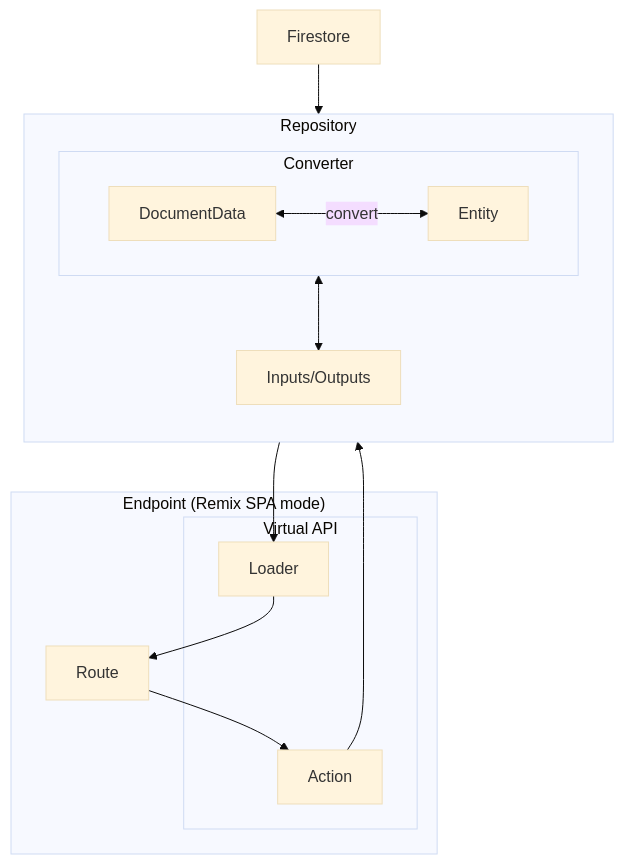
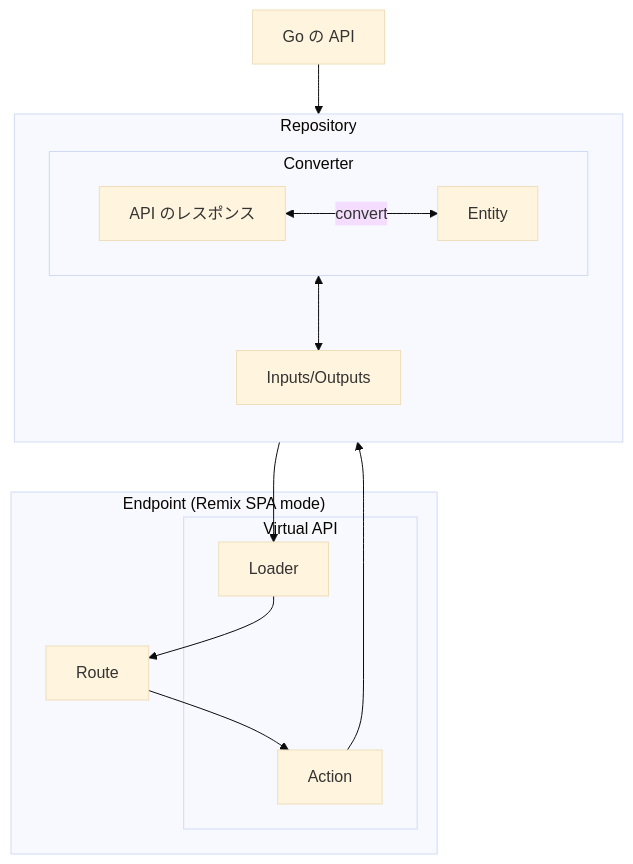
One commit to cafeore-tkb/cafeore-pos changed the diagram in services/pos/README.md. Above: the diagram before and after it, drawn with Mermaid (base theme). The commit also changed other lines of this file and 12 other files, not shown here.

````diff
--- a/services/pos/README.md
+++ b/services/pos/README.md
@@ -17,28 +16,28 @@
 ```mermaid
 flowchart TB
 
   subgraph CONV[Converter]
     direction LR
-    DocumentData <-- convert --> Entity
+    Response[API のレスポンス] <-- convert --> Entity
   end
 
   subgraph REPO[Repository]
     direction TB
     CONV <--> IO[Inputs/Outputs]
   end
 
-  Firestore --> CONV
+  GoAPI[Go の API] --> CONV
 
   Action --> REPO --> Loader
 
   subgraph API[Virtual API]
     Loader
     Action
   end
 
   subgraph "Endpoint (Remix SPA mode)"
     API
     Loader --> Route --> Action
   end
 
 ```
````
